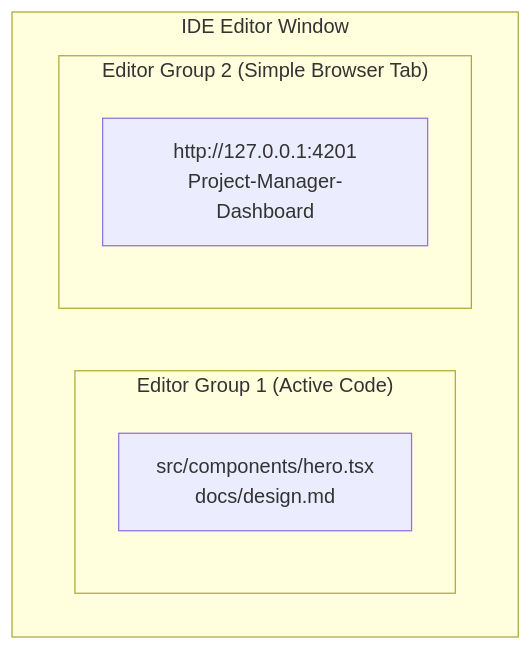
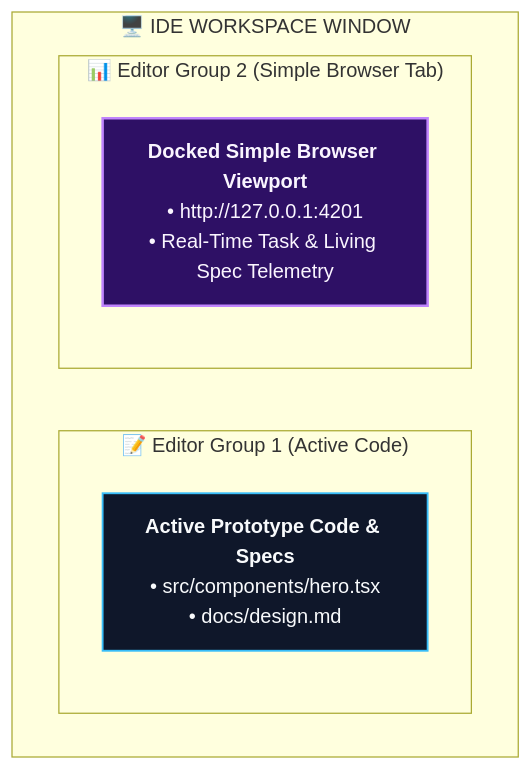
Before and after one commit to rmsofficialsyt/Agentic-AI-Vibe-Coding-AND-SDD-TDD-Codebase-Chandan-Adhikary: the third of 4 diagrams in Vibe-Coding-Chandan-Adhikary/Vibe-Coding/Project-Manager-Dashboard/README.md, drawn with Mermaid. The commit also changed other lines of this file and 23 other files, not shown here.

Commit message:
docs: redesign diagrams to Eraser.io visual style and regenerate MANIFEST.json

````diff
--- a/Vibe-Coding-Chandan-Adhikary/Vibe-Coding/Project-Manager-Dashboard/README.md
+++ b/Vibe-Coding-Chandan-Adhikary/Vibe-Coding/Project-Manager-Dashboard/README.md
@@ -96,12 +102,15 @@
 ```mermaid
 flowchart TD
-    subgraph IDEWindow ["IDE Editor Window"]
+    classDef code fill:#0f172a,stroke:#38bdf8,stroke-width:1.5px,color:#f8fafc;
+    classDef dash fill:#2e1065,stroke:#c084fc,stroke-width:2px,color:#faf5ff;
+
+    subgraph IDEWindow ["🖥️ IDE WORKSPACE WINDOW"]
         direction LR
-        subgraph Col1 ["Editor Group 1 (Active Code)"]
-            Code["src/components/hero.tsx<br/>docs/design.md"]
+        subgraph Col1 ["📝 Editor Group 1 (Active Code)"]
+            Code["<b>Active Prototype Code & Specs</b><br/>• src/components/hero.tsx<br/>• docs/design.md"]:::code
         end
-        subgraph Col2 ["Editor Group 2 (Simple Browser Tab)"]
-            Dash["http://127.0.0.1:4201<br/>Project-Manager-Dashboard"]
+        subgraph Col2 ["📊 Editor Group 2 (Simple Browser Tab)"]
+            Dash["<b>Docked Simple Browser Viewport</b><br/>• http://127.0.0.1:4201<br/>• Real-Time Task & Living Spec Telemetry"]:::dash
         end
     end
 ```
````
